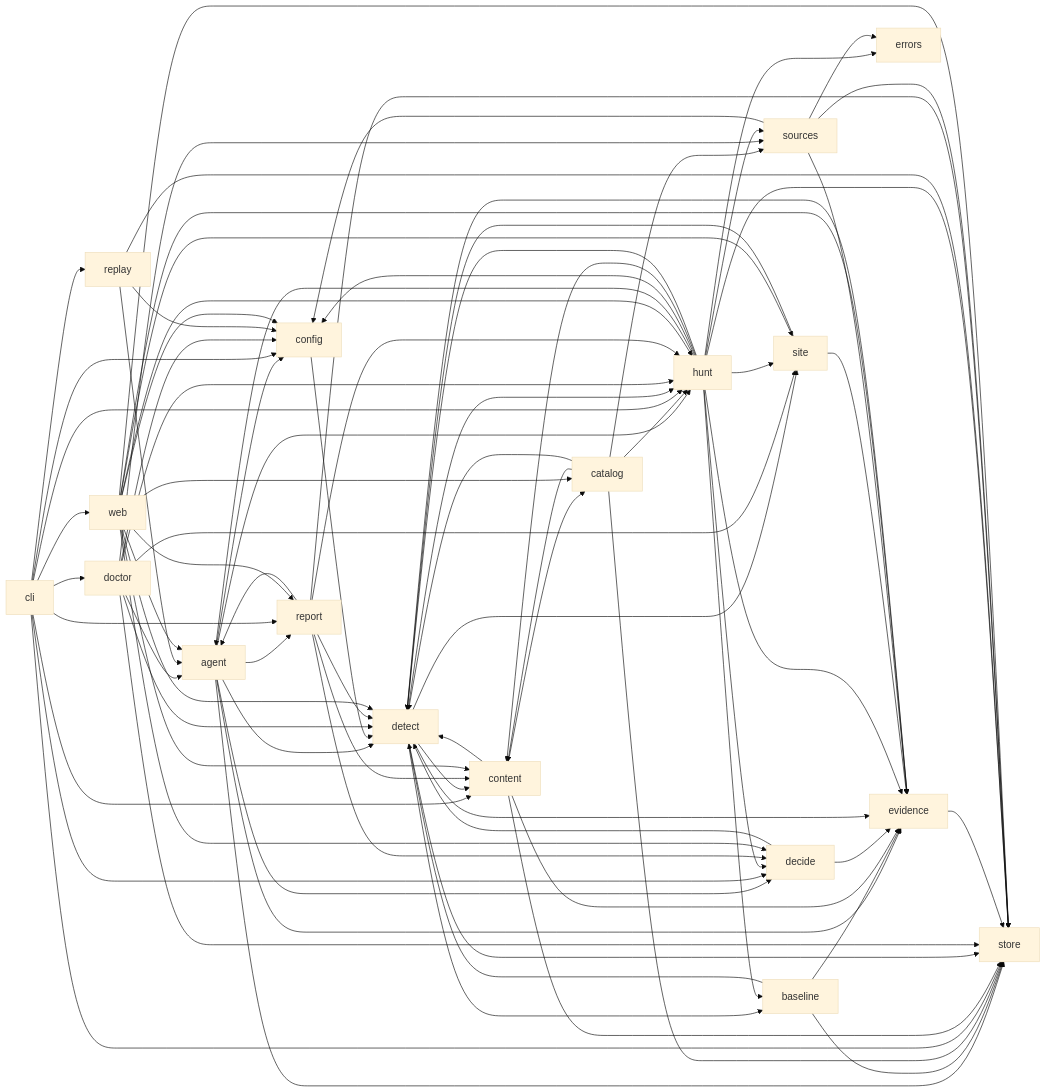
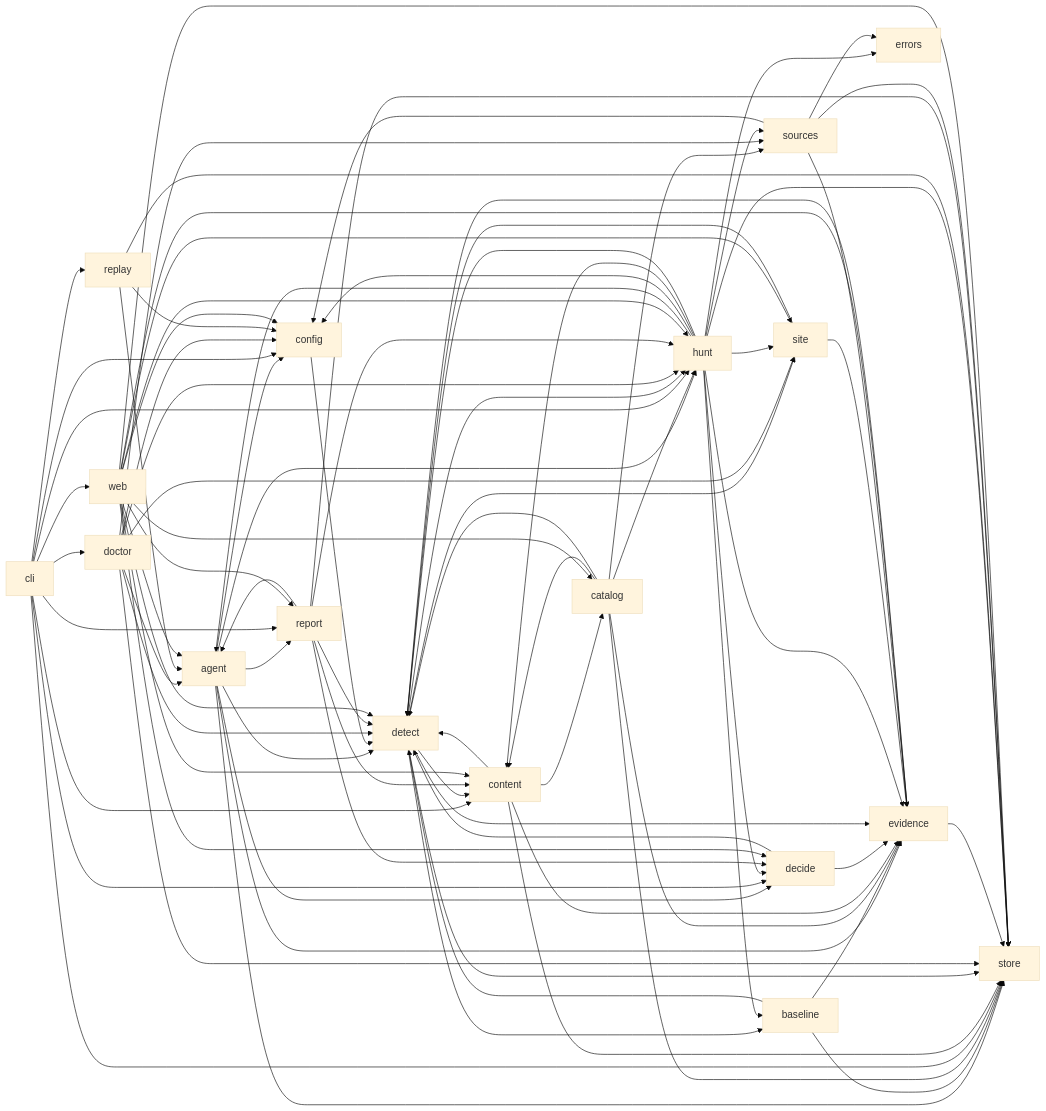
The diagram in docs/architecture/MODULE_MAP.md (nickthabib-cloud/ROMULUS), drawn with Mermaid (base theme) before and after one commit. The commit also changed other lines of this file and 15 other files, not shown here.

```diff
--- a/docs/architecture/MODULE_MAP.md
+++ b/docs/architecture/MODULE_MAP.md
@@ -271,6 +271,7 @@
   baseline --> store
   catalog --> content
   catalog --> detect
+  catalog --> evidence
   catalog --> hunt
   catalog --> sources
   catalog --> store
```
